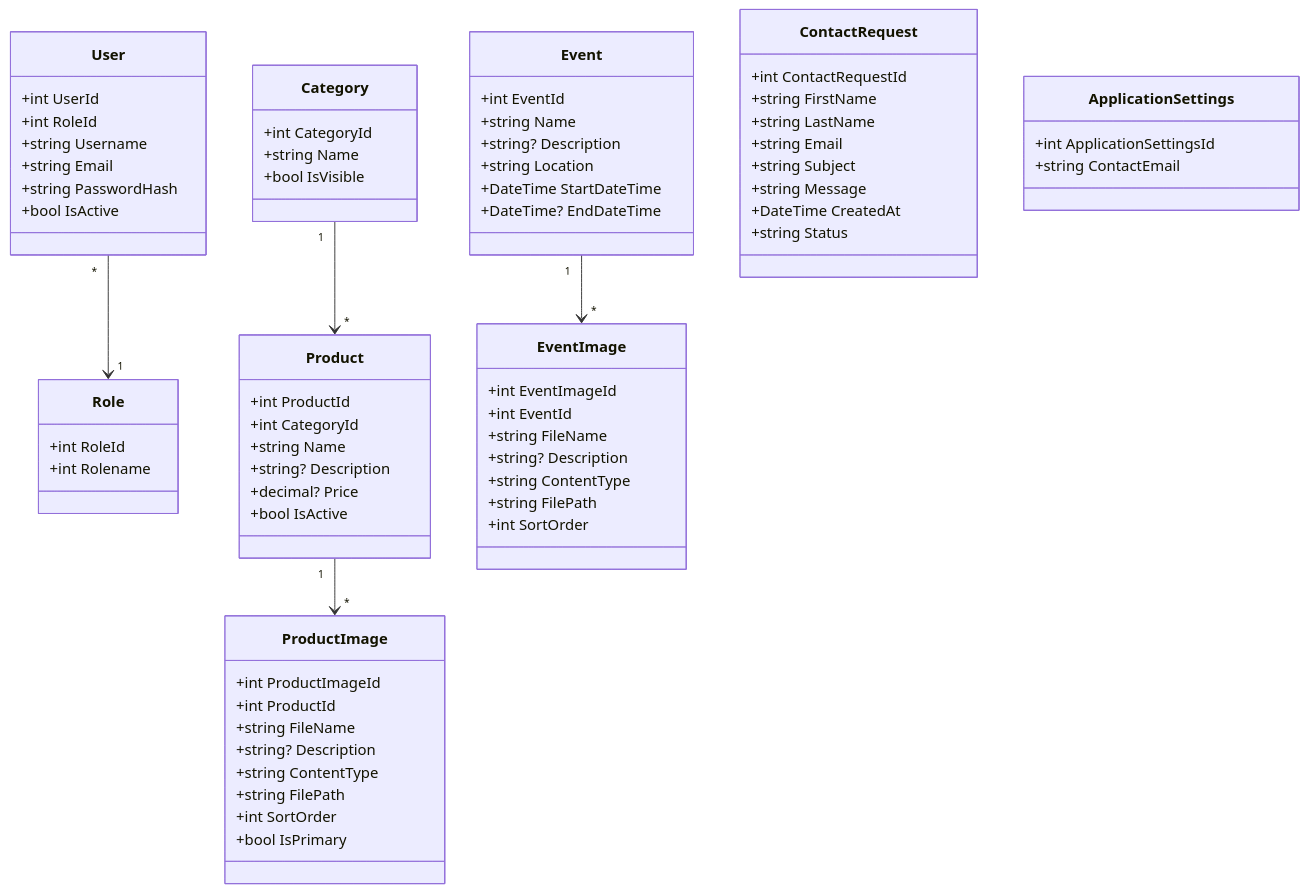
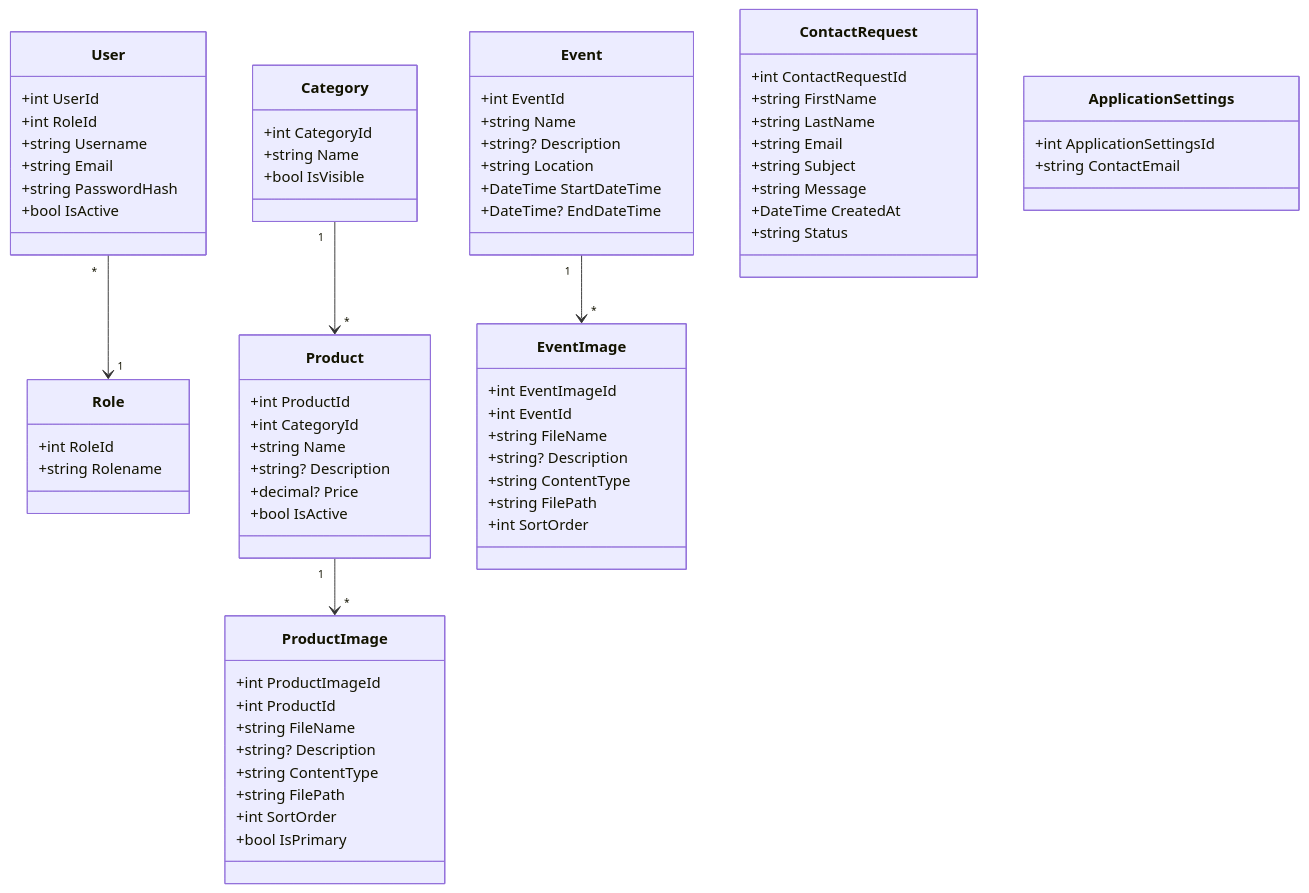
Before and after one commit to SchuelerfirmaBBS1/Webseite_Schuelerfirma_04: the diagram in documentation/UMLClassDiagram.mmd, drawn with Mermaid.

```diff
--- a/documentation/UMLClassDiagram.mmd
+++ b/documentation/UMLClassDiagram.mmd
@@ -1,83 +1,83 @@
 classDiagram
 
 class User {
     +int UserId
     +int RoleId
     +string Username
     +string Email
     +string PasswordHash
     +bool IsActive
 }
 
 class Role {
     +int RoleId
-    +int Rolename
+    +string Rolename
 }
 
 User "*" --> "1" Role
 
 class Category {
     +int CategoryId
     +string Name
     +bool IsVisible
 }
 
 class Product {
     +int ProductId
     +int CategoryId
     +string Name
     +string? Description
     +decimal? Price
     +bool IsActive
 }
 
 class ProductImage {
     +int ProductImageId
     +int ProductId
     +string FileName
     +string? Description
     +string ContentType
     +string FilePath
     +int SortOrder
     +bool IsPrimary
 }
 
 Category "1" --> "*" Product
 Product "1" --> "*" ProductImage
 
 class Event {
     +int EventId
     +string Name
     +string? Description
     +string Location
     +DateTime StartDateTime
     +DateTime? EndDateTime
 }
 
 class EventImage {
     +int EventImageId
     +int EventId
     +string FileName
     +string? Description
     +string ContentType
     +string FilePath
     +int SortOrder
 }
 
 Event "1" --> "*" EventImage
 
 class ContactRequest {
     +int ContactRequestId
     +string FirstName
     +string LastName
     +string Email
     +string Subject
     +string Message
     +DateTime CreatedAt
     +string Status
 }
 
 class ApplicationSettings {
     +int ApplicationSettingsId
     +string ContactEmail
 }
```
